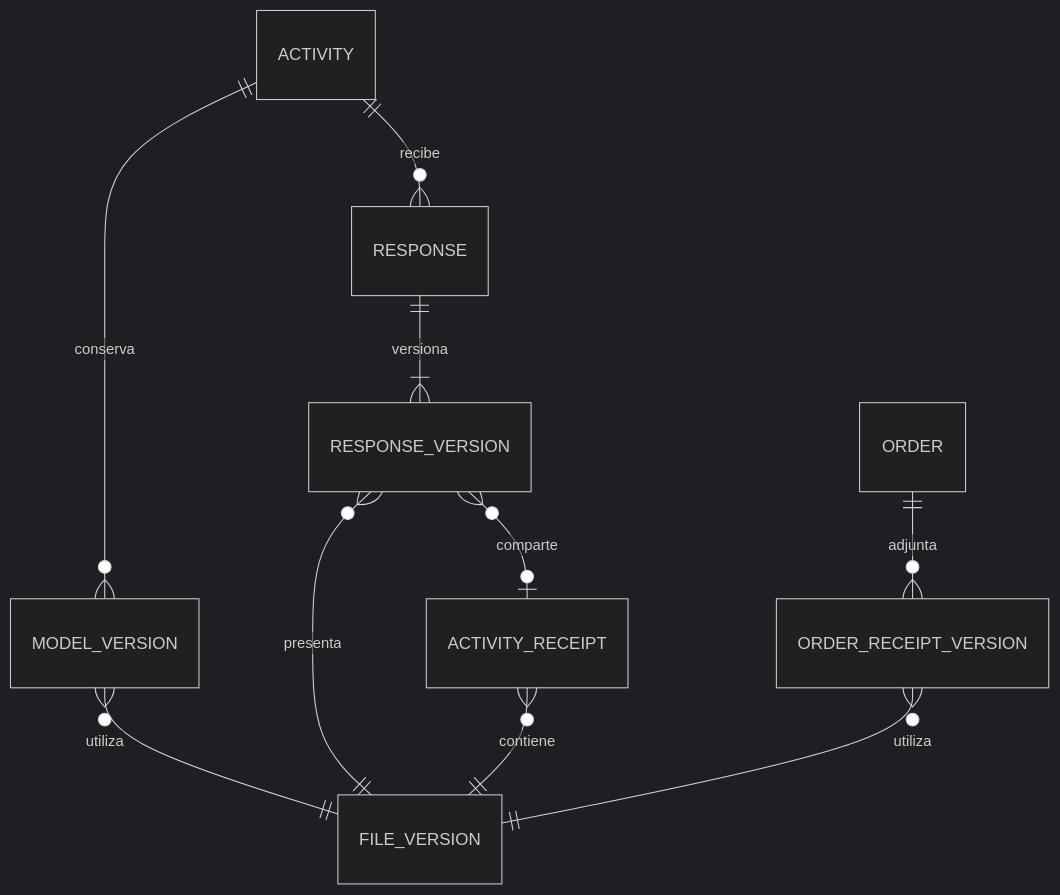
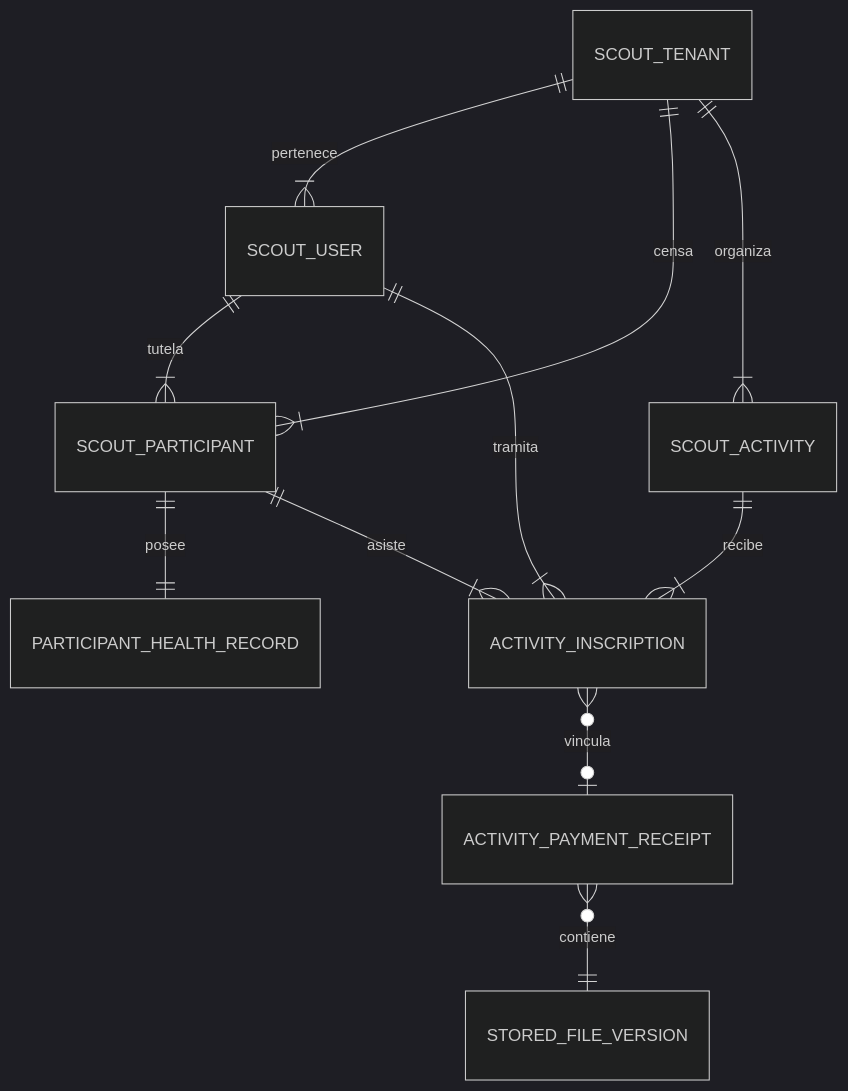
One commit to PablodeHaroCorredor/webscout-sclm changed the diagram in docs/architecture/modelo-datos.md. Above: the diagram before and after it, drawn with Mermaid (dark theme). The commit also changed other lines of this file and 7 other files, not shown here.

````diff
--- a/docs/architecture/modelo-datos.md
+++ b/docs/architecture/modelo-datos.md
@@ -27,12 +28,16 @@
 ```mermaid
 erDiagram
-  ACTIVITY ||--o{ MODEL_VERSION : conserva
-  ACTIVITY ||--o{ RESPONSE : recibe
-  RESPONSE ||--|{ RESPONSE_VERSION : versiona
-  RESPONSE_VERSION }o--o| ACTIVITY_RECEIPT : comparte
-  MODEL_VERSION }o--|| FILE_VERSION : utiliza
-  RESPONSE_VERSION }o--|| FILE_VERSION : presenta
-  ACTIVITY_RECEIPT }o--|| FILE_VERSION : contiene
-  ORDER ||--o{ ORDER_RECEIPT_VERSION : adjunta
-  ORDER_RECEIPT_VERSION }o--|| FILE_VERSION : utiliza
+    SCOUT_TENANT ||--|{ SCOUT_USER : pertenece
+    SCOUT_TENANT ||--|{ SCOUT_PARTICIPANT : censa
+    SCOUT_TENANT ||--|{ SCOUT_ACTIVITY : organiza
+
+    SCOUT_USER ||--|{ SCOUT_PARTICIPANT : tutela
+    SCOUT_PARTICIPANT ||--|| PARTICIPANT_HEALTH_RECORD : posee
+
+    SCOUT_ACTIVITY ||--|{ ACTIVITY_INSCRIPTION : recibe
+    SCOUT_PARTICIPANT ||--|{ ACTIVITY_INSCRIPTION : asiste
+    SCOUT_USER ||--|{ ACTIVITY_INSCRIPTION : tramita
+
+    ACTIVITY_INSCRIPTION }o--o| ACTIVITY_PAYMENT_RECEIPT : vincula
+    ACTIVITY_PAYMENT_RECEIPT }o--|| STORED_FILE_VERSION : contiene
 ```
````
